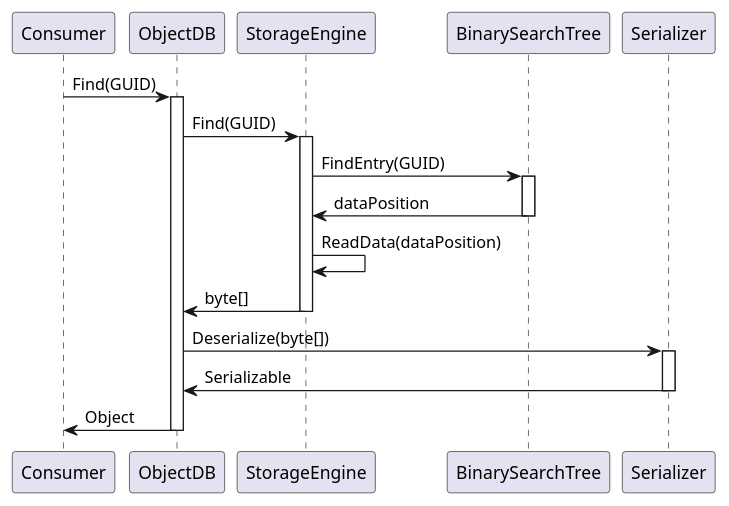
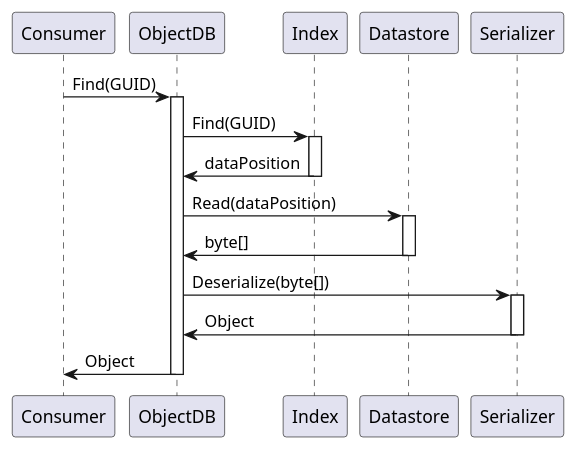
Before and after one commit to markus-wa/ObjectOrientedDB: the diagram in doc/sd-read.puml, drawn with PlantUML.

```diff
--- a/doc/sd-read.puml
+++ b/doc/sd-read.puml
@@ -1,25 +1,21 @@
 @startuml
 participant Consumer
 participant ObjectDB
-participant StorageEngine
-participant BinarySearchTree
+participant Index
+participant Datastore
 participant Serializer
 
 Consumer -> ObjectDB ++: Find(GUID)
 
-ObjectDB -> StorageEngine ++: Find(GUID)
+ObjectDB -> Index ++: Find(GUID)
+Index -> ObjectDB --: dataPosition
 
-StorageEngine -> BinarySearchTree ++: FindEntry(GUID)
-BinarySearchTree -> StorageEngine --: dataPosition
-
-StorageEngine -> StorageEngine: ReadData(dataPosition)
-
-StorageEngine -> ObjectDB --: byte[]
-
+ObjectDB -> Datastore ++: Read(dataPosition)
+Datastore -> ObjectDB --: byte[]
 
 ObjectDB  -> Serializer ++: Deserialize(byte[])
-Serializer -> ObjectDB --: Serializable
+Serializer -> ObjectDB --: Object
 
 ObjectDB -> Consumer --: Object
 
 @enduml
```
